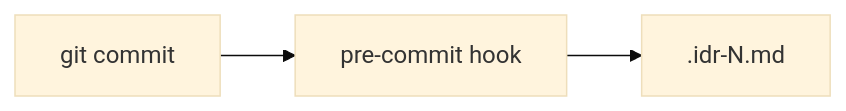
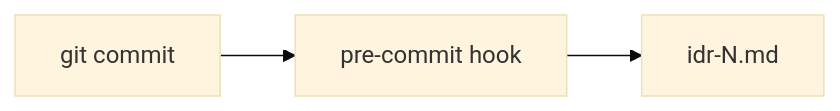
Before and after one commit to thkt/dotclaude: the diagram in .ja/rules/workflows/IDR_GENERATION.md, drawn with Mermaid (base theme). The commit also changed other lines of this file and 10 other files, not shown here.

````diff
--- a/.ja/rules/workflows/IDR_GENERATION.md
+++ b/.ja/rules/workflows/IDR_GENERATION.md
@@ -45,5 +45,5 @@
 ```mermaid
 flowchart LR
     C[git commit] --> H[pre-commit hook]
-    H --> CF[.idr-N.md]
+    H --> CF[idr-N.md]
 ```
````
